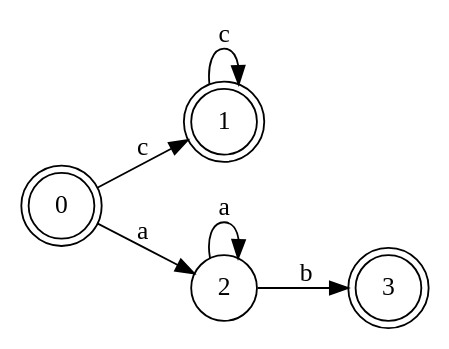
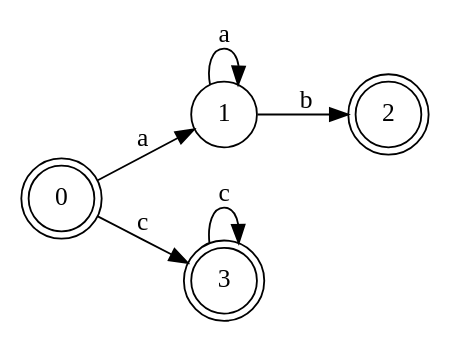
Before and after one commit to Jose-Merida-UVG/Compilers-1-CC3071: the diagram in out/DFA_regex1.DOT, drawn with Graphviz. The commit also changed 62 other files, not shown here.

```diff
--- a/out/DFA_regex1.DOT
+++ b/out/DFA_regex1.DOT
@@ -1,13 +1,13 @@
 digraph "graph" {
 	rankdir=LR size = "8,5"
 	node[shape=circle]
 	1 [label=0][shape=doublecircle]
-	2 [label=1][shape=doublecircle]
-	2 -> 2 [label="c"]
-	1 -> 2 [label="c"]
-	3 [label=2]
-	3 -> 3 [label="a"]
-	4 [label=3][shape=doublecircle]
-	3 -> 4 [label="b"]
-	1 -> 3 [label="a"]
+	2 [label=1]
+	2 -> 2 [label="a"]
+	4 [label=2][shape=doublecircle]
+	2 -> 4 [label="b"]
+	1 -> 2 [label="a"]
+	3 [label=3][shape=doublecircle]
+	3 -> 3 [label="c"]
+	1 -> 3 [label="c"]
 }
```
